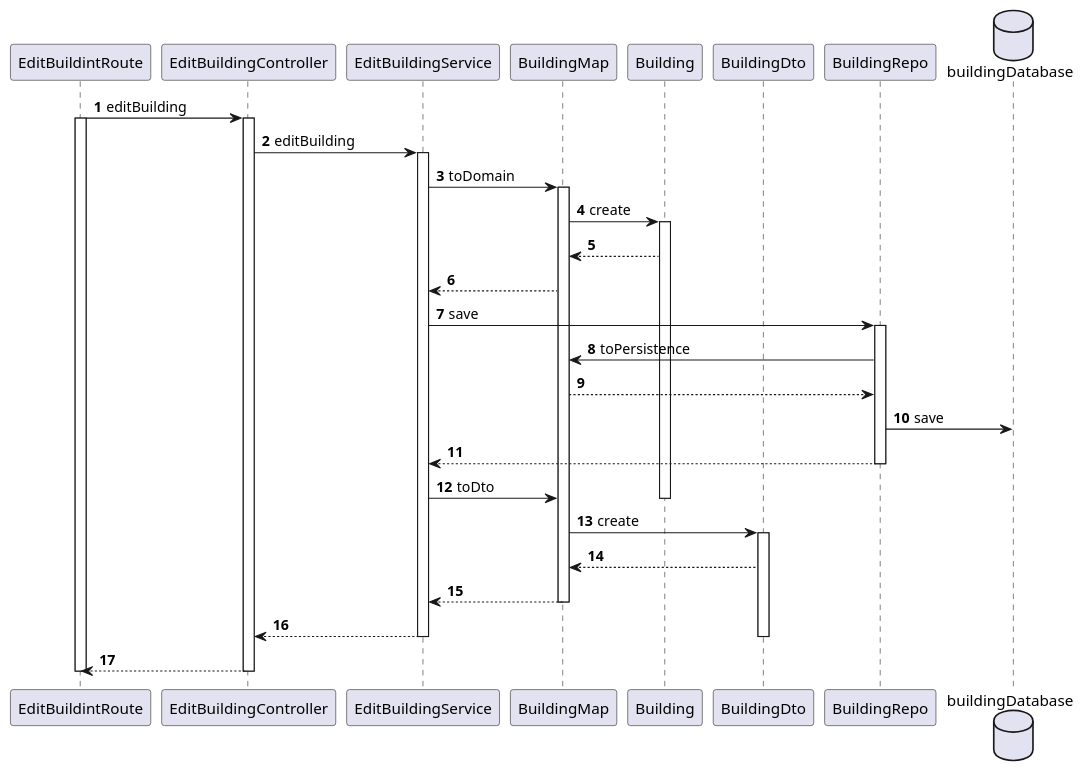
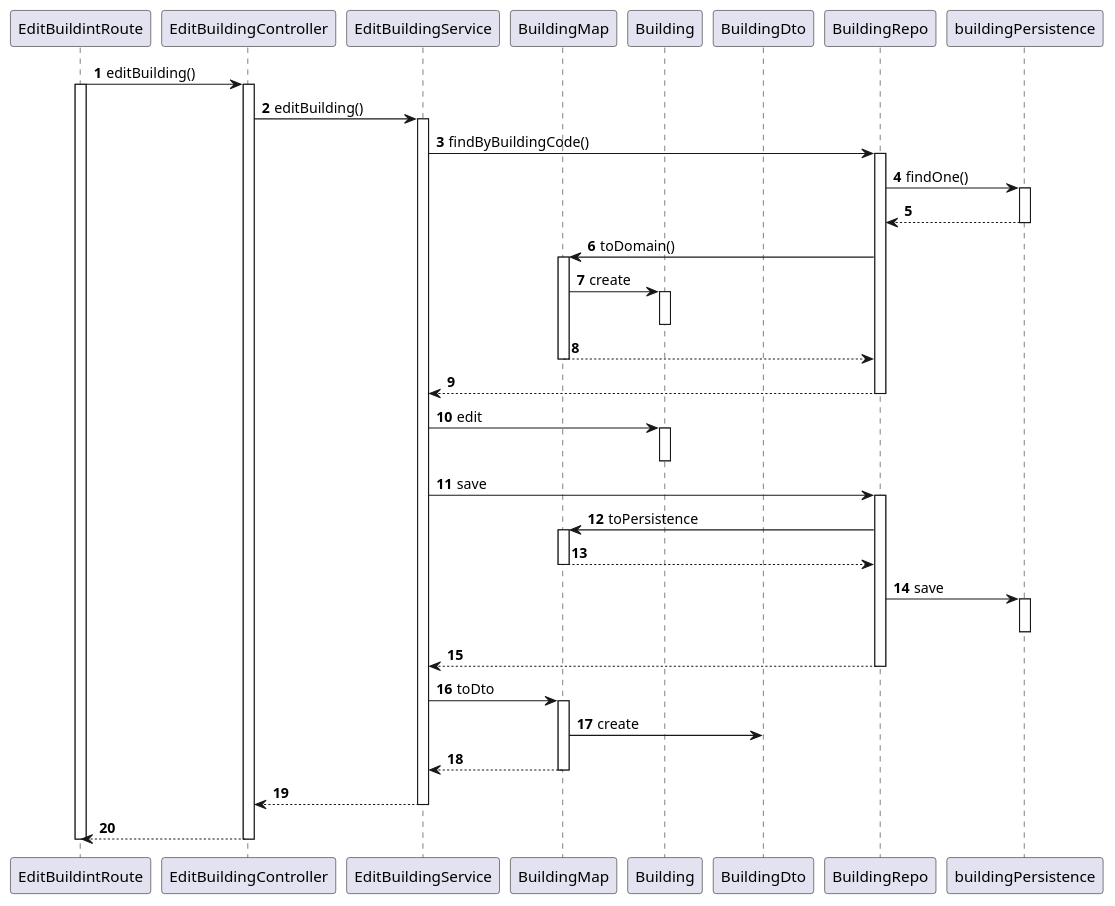
One commit to Pedro-Pereira1/sem5pi_23_24_g056 changed the diagram in docs/US_160/Diagrams/Level3/ProcessLevel3.puml. Above: the diagram before and after it, drawn with PlantUML. The commit also changed 15 other files, not shown here.

```diff
--- a/docs/US_160/Diagrams/Level3/ProcessLevel3.puml
+++ b/docs/US_160/Diagrams/Level3/ProcessLevel3.puml
@@ -1,63 +1,79 @@
-@startuml processLevel3
+@startuml processView3
 'https://plantuml.com/sequence-diagram
 
 autonumber
 participant EditBuildintRoute
 participant EditBuildingController
 participant EditBuildingService
 participant BuildingMap
 participant Building
 participant BuildingDto
 participant BuildingRepo
-database buildingDatabase
+participant buildingPersistence
 
-EditBuildintRoute -> EditBuildingController : editBuilding
+EditBuildintRoute -> EditBuildingController : editBuilding()
 activate EditBuildintRoute
 activate EditBuildingController
 
-EditBuildingController -> EditBuildingService : editBuilding
+EditBuildingController -> EditBuildingService : editBuilding()
 activate EditBuildingService
 
-EditBuildingService -> BuildingMap : toDomain
+EditBuildingService -> BuildingRepo : findByBuildingCode()
+activate BuildingRepo
+
+BuildingRepo -> buildingPersistence : findOne()
+activate buildingPersistence
+
+buildingPersistence --> BuildingRepo
+deactivate buildingPersistence
+
+BuildingRepo -> BuildingMap : toDomain()
 activate BuildingMap
 
 BuildingMap -> Building : create
 activate Building
+deactivate Building
 
-Building --> BuildingMap
+BuildingMap --> BuildingRepo
+deactivate BuildingMap
 
-BuildingMap --> EditBuildingService
+BuildingRepo --> EditBuildingService
+deactivate BuildingRepo
+
+EditBuildingService -> Building : edit
+activate Building
+deactivate Building
 
 EditBuildingService -> BuildingRepo : save
 activate BuildingRepo
 
 BuildingRepo -> BuildingMap : toPersistence
+activate BuildingMap
 
 BuildingMap --> BuildingRepo
+deactivate BuildingMap
 
-BuildingRepo -> buildingDatabase : save
+BuildingRepo -> buildingPersistence : save
+activate buildingPersistence
+deactivate buildingPersistence
 
 BuildingRepo --> EditBuildingService
 deactivate BuildingRepo
 
 EditBuildingService -> BuildingMap : toDto
-deactivate Building
+activate BuildingMap
 
 BuildingMap -> BuildingDto : create
-activate BuildingDto
-
-BuildingDto --> BuildingMap
 
 BuildingMap --> EditBuildingService
 deactivate BuildingMap
 
 EditBuildingService --> EditBuildingController
 deactivate EditBuildingService
-deactivate BuildingDto
 
 EditBuildingController --> EditBuildintRoute
 deactivate EditBuildingController
 
 deactivate EditBuildintRoute
 
 @enduml
```
